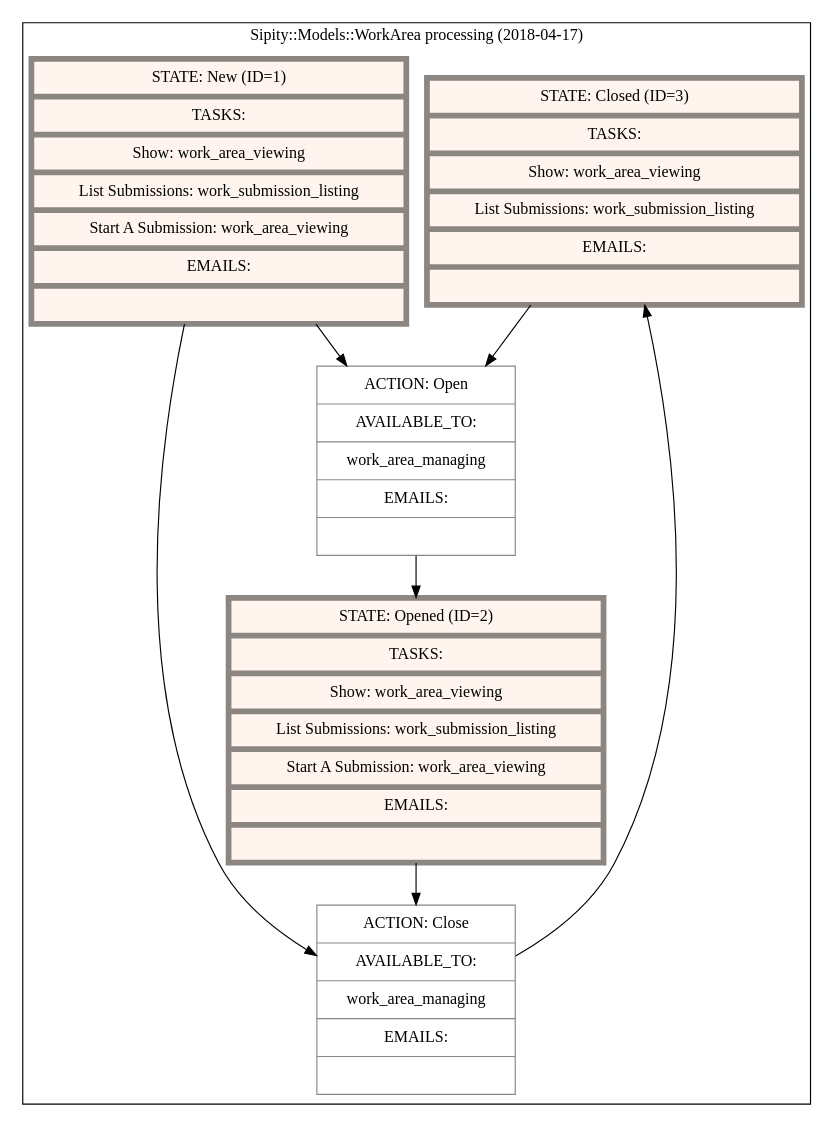
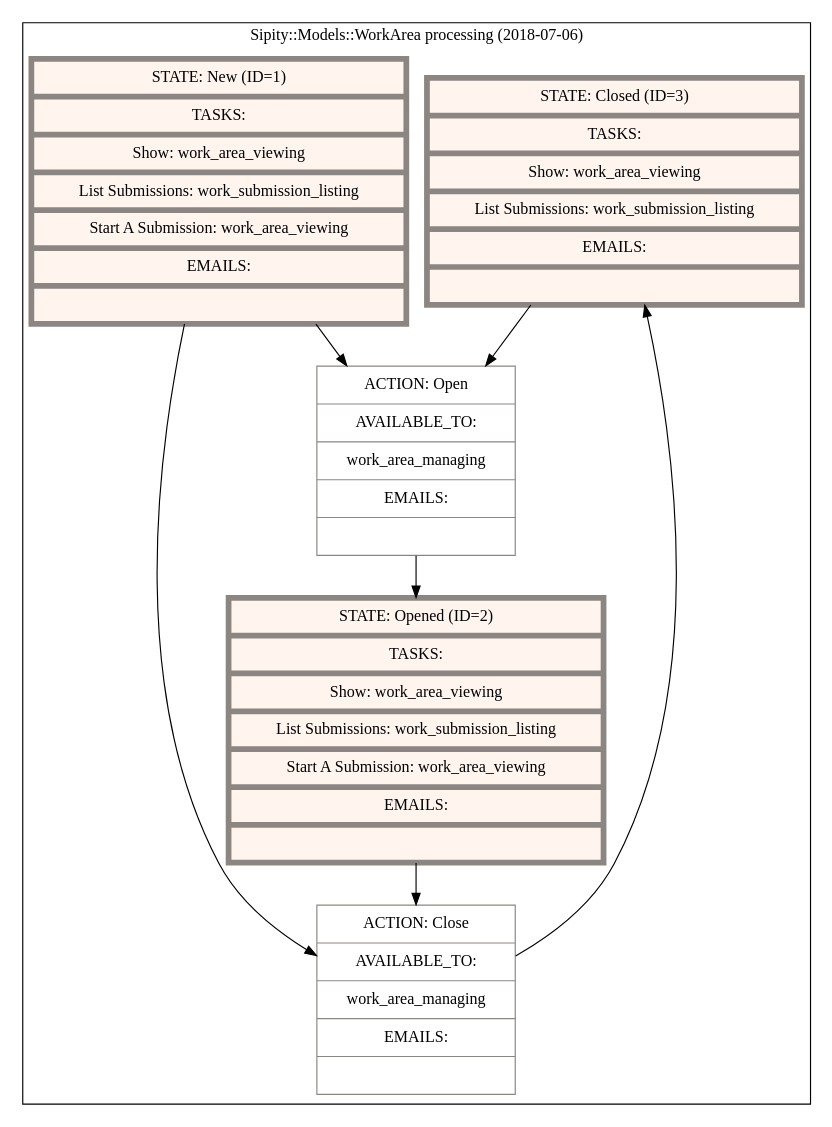
Before and after one commit to ndlib/sipity: the diagram in artifacts/state_machines/sipity_models_work_area_processing.dot, drawn with Graphviz. The commit also changed 12 other files, not shown here.

```diff
--- a/artifacts/state_machines/sipity_models_work_area_processing.dot
+++ b/artifacts/state_machines/sipity_models_work_area_processing.dot
@@ -1,27 +1,27 @@
 digraph "G" {
   compound=true;
   node[color="grey15" margin="0.15, 0.125"];
   subgraph cluster_0 {
-    label="Sipity::Models::WorkArea processing (2018-04-17)"
+    label="Sipity::Models::WorkArea processing (2018-07-06)"
     node[style=filled fillcolor=white color="seashell4"]
     subgraph 0 {
       label="States";
       node[shape="record" fillcolor="seashell1" penwidth=5]
       state_closed [label="{ STATE: Closed (ID=3)| TASKS: | Show: work_area_viewing | List Submissions: work_submission_listing | EMAILS: |  }"]
       state_new [label="{ STATE: New (ID=1)| TASKS: | Show: work_area_viewing | List Submissions: work_submission_listing | Start A Submission: work_area_viewing | EMAILS: |  }"]
       state_opened [label="{ STATE: Opened (ID=2)| TASKS: | Show: work_area_viewing | List Submissions: work_submission_listing | Start A Submission: work_area_viewing | EMAILS: |  }"]
     }
     subgraph 1 {
       label="Actions"
       node[shape="record" shape=record penwidth=1]
         action_open [label="{ ACTION: Open | AVAILABLE_TO: | work_area_managing | EMAILS: |  }"]
         action_close [label="{ ACTION: Close | AVAILABLE_TO: | work_area_managing | EMAILS: |  }"]
     }
       state_closed -> action_open
       action_open -> state_opened
       state_new -> action_open
       state_new -> action_close
       action_close -> state_closed
       state_opened -> action_close
   }
 }
```
